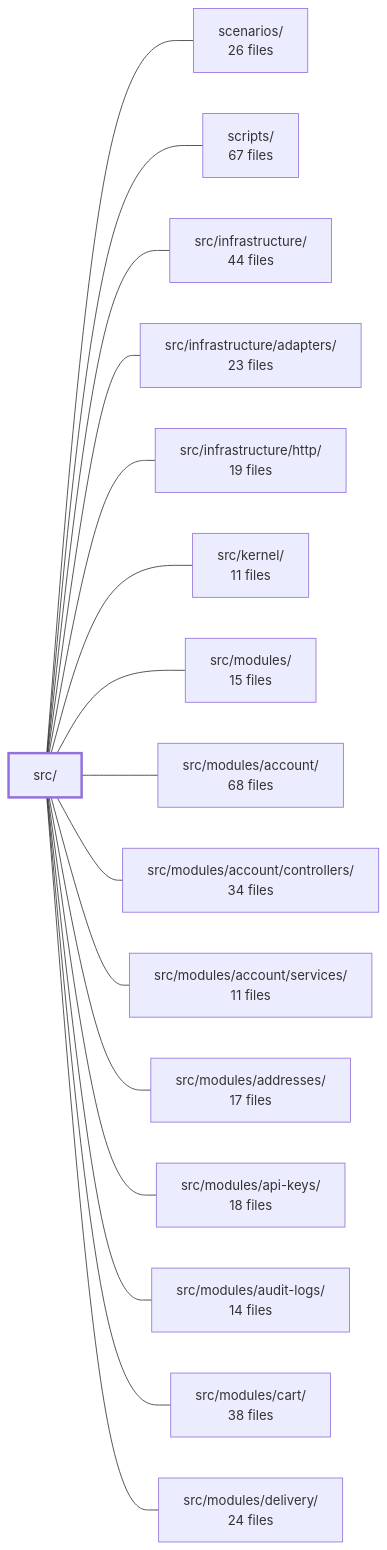
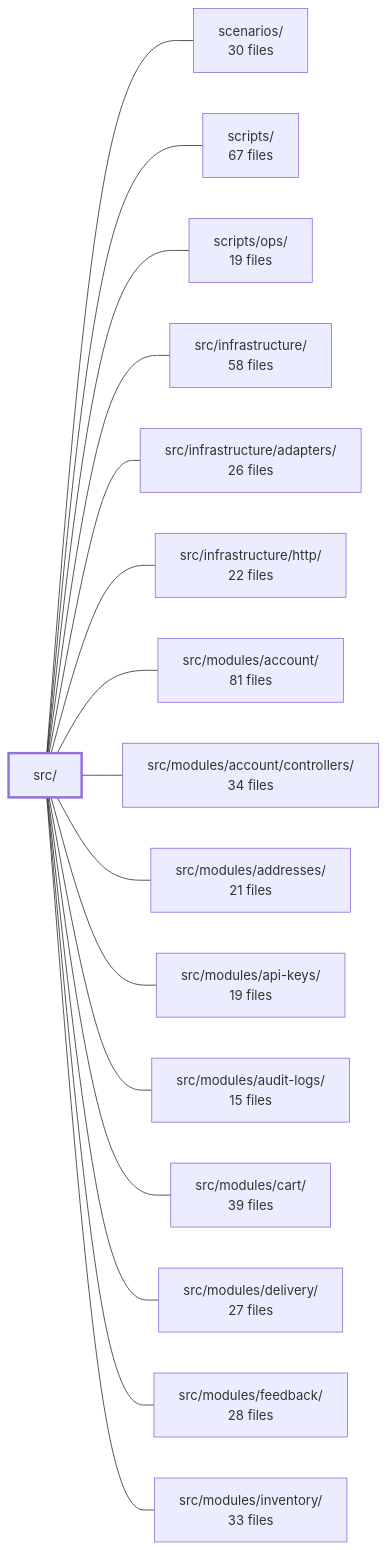
One commit to Guebbit/boilerplate-node-backend changed the diagram in .2brain/modules/boilerplate-node-backend_src.md. Above: the diagram before and after it, drawn with Mermaid. The commit also changed other lines of this file and 187 other files, not shown here.

````diff
--- a/.2brain/modules/boilerplate-node-backend_src.md
+++ b/.2brain/modules/boilerplate-node-backend_src.md
@@ -43,35 +54,35 @@
 ```mermaid
 flowchart LR
     m_src["src/"]
-    m_scenarios["scenarios/<br/>26 files"]
+    m_scenarios["scenarios/<br/>30 files"]
     m_scripts["scripts/<br/>67 files"]
-    m_src_infrastructure["src/infrastructure/<br/>44 files"]
-    m_src_infrastructure_adapters["src/infrastructure/adapters/<br/>23 files"]
-    m_src_infrastructure_http["src/infrastructure/http/<br/>19 files"]
-    m_src_kernel["src/kernel/<br/>11 files"]
-    m_src_modules["src/modules/<br/>15 files"]
-    m_src_modules_account["src/modules/account/<br/>68 files"]
+    m_scripts_ops["scripts/ops/<br/>19 files"]
+    m_src_infrastructure["src/infrastructure/<br/>58 files"]
+    m_src_infrastructure_adapters["src/infrastructure/adapters/<br/>26 files"]
+    m_src_infrastructure_http["src/infrastructure/http/<br/>22 files"]
+    m_src_modules_account["src/modules/account/<br/>81 files"]
     m_src_modules_account_controllers["src/modules/account/controllers/<br/>34 files"]
-    m_src_modules_account_services["src/modules/account/services/<br/>11 files"]
-    m_src_modules_addresses["src/modules/addresses/<br/>17 files"]
-    m_src_modules_api_keys["src/modules/api-keys/<br/>18 files"]
-    m_src_modules_audit_logs["src/modules/audit-logs/<br/>14 files"]
-    m_src_modules_cart["src/modules/cart/<br/>38 files"]
-    m_src_modules_delivery["src/modules/delivery/<br/>24 files"]
+    m_src_modules_addresses["src/modules/addresses/<br/>21 files"]
+    m_src_modules_api_keys["src/modules/api-keys/<br/>19 files"]
+    m_src_modules_audit_logs["src/modules/audit-logs/<br/>15 files"]
+    m_src_modules_cart["src/modules/cart/<br/>39 files"]
+    m_src_modules_delivery["src/modules/delivery/<br/>27 files"]
+    m_src_modules_feedback["src/modules/feedback/<br/>28 files"]
+    m_src_modules_inventory["src/modules/inventory/<br/>33 files"]
     m_src --- m_scenarios
     m_src --- m_scripts
+    m_src --- m_scripts_ops
     m_src --- m_src_infrastructure
     m_src --- m_src_infrastructure_adapters
     m_src --- m_src_infrastructure_http
-    m_src --- m_src_kernel
-    m_src --- m_src_modules
     m_src --- m_src_modules_account
     m_src --- m_src_modules_account_controllers
-    m_src --- m_src_modules_account_services
     m_src --- m_src_modules_addresses
     m_src --- m_src_modules_api_keys
     m_src --- m_src_modules_audit_logs
     m_src --- m_src_modules_cart
     m_src --- m_src_modules_delivery
+    m_src --- m_src_modules_feedback
+    m_src --- m_src_modules_inventory
     style m_src stroke-width:3px
 ```
````
